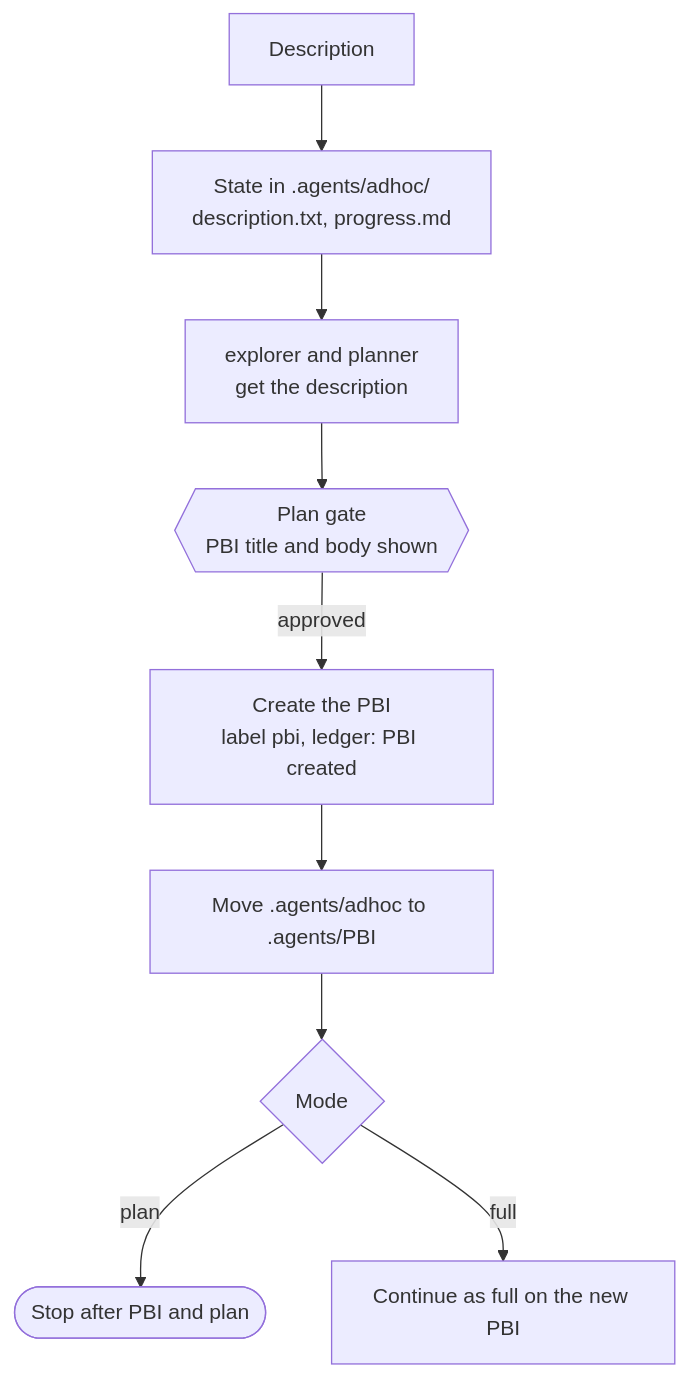
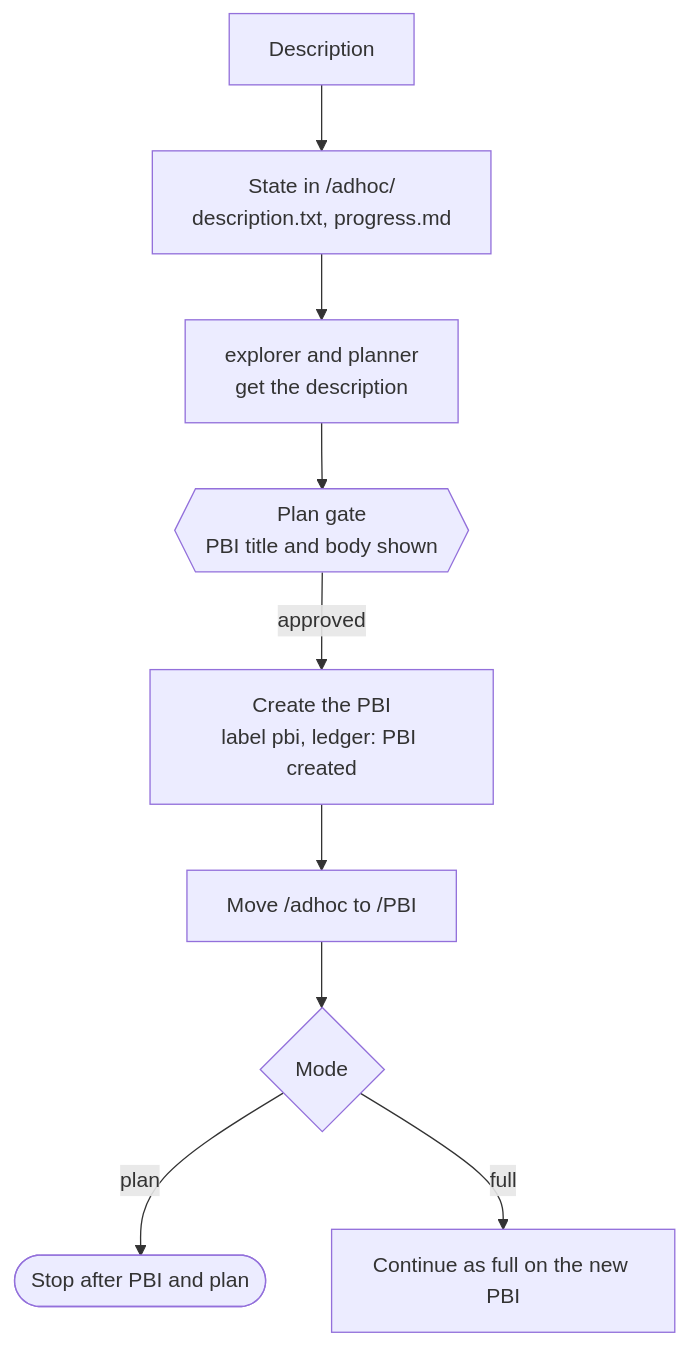
Before and after one commit to GravionLabs/apm-hub: the eighth of 11 diagrams in docs/orchestrator.md, drawn with Mermaid. The commit also changed other lines of this file and 215 other files, not shown here.

````diff
--- a/docs/orchestrator.md
+++ b/docs/orchestrator.md
@@ -250,11 +317,11 @@
 ```mermaid
 flowchart TD
-    A["Description"] --> B["State in .agents/adhoc/<br/>description.txt, progress.md"]
+    A["Description"] --> B["State in <state>/adhoc/<br/>description.txt, progress.md"]
     B --> C["explorer and planner<br/>get the description"]
     C --> D{{"Plan gate<br/>PBI title and body shown"}}
     D -->|"approved"| E["Create the PBI<br/>label pbi, ledger: PBI created"]
-    E --> F["Move .agents/adhoc to .agents/PBI"]
+    E --> F["Move <state>/adhoc to <state>/PBI"]
     F --> G{"Mode"}
     G -->|"plan"| H(["Stop after PBI and plan"])
     G -->|"full"| I["Continue as full on the new PBI"]
 ```
````
